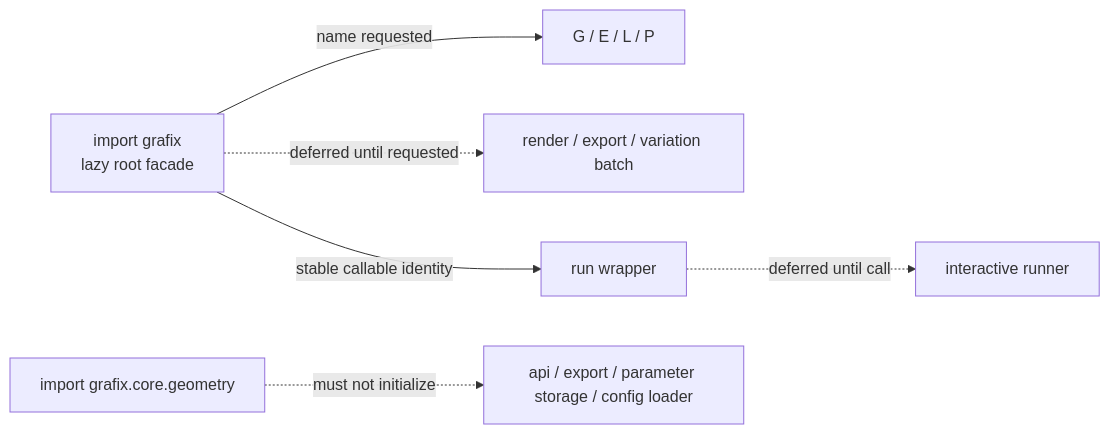
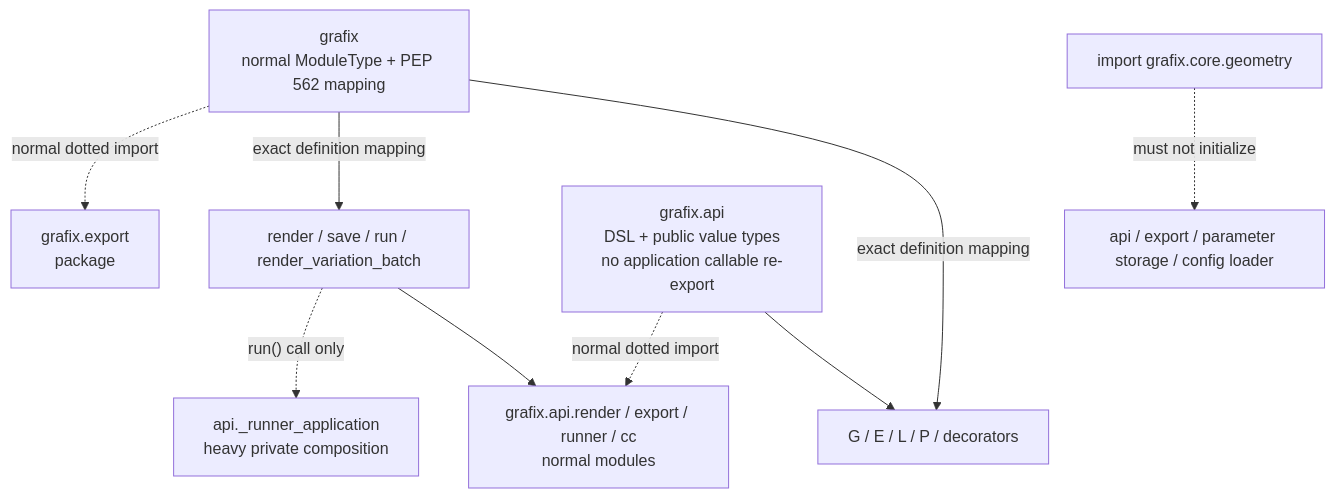
Before and after one commit to tyhts0829/graft: the second of 25 diagrams in docs/architecture_visualization.md, drawn with Mermaid. The commit also changed other lines of this file and 135 other files, not shown here.

````diff
--- a/docs/architecture_visualization.md
+++ b/docs/architecture_visualization.md
@@ -75,16 +77,21 @@
 ```mermaid
-flowchart LR
-    root["import grafix<br/>lazy root facade"]
-    dsl["G / E / L / P"]
-    apiheavy["render / export / variation batch"]
-    runwrapper["run wrapper"]
-    runner["interactive runner"]
+flowchart TB
+    root["grafix<br/>normal ModuleType + PEP 562 mapping"]
+    dsl["G / E / L / P / decorators"]
+    calls["render / save / run / render_variation_batch"]
+    exportpkg["grafix.export<br/>package"]
+    apimod["grafix.api.render / export / runner / cc<br/>normal modules"]
+    apipkg["grafix.api<br/>DSL + public value types<br/>no application callable re-export"]
+    heavy["api._runner_application<br/>heavy private composition"]
     coreimport["import grafix.core.geometry"]
     outer["api / export / parameter storage / config loader"]
 
-    root -->|"name requested"| dsl
-    root -.->|"deferred until requested"| apiheavy
-    root -->|"stable callable identity"| runwrapper
-    runwrapper -.->|"deferred until call"| runner
+    root -->|"exact definition mapping"| dsl
+    root -->|"exact definition mapping"| calls
+    root -.->|"normal dotted import"| exportpkg
+    apipkg --> dsl
+    apipkg -.->|"normal dotted import"| apimod
+    calls --> apimod
+    calls -.->|"run() call only"| heavy
     coreimport -.->|"must not initialize"| outer
 ```
````
